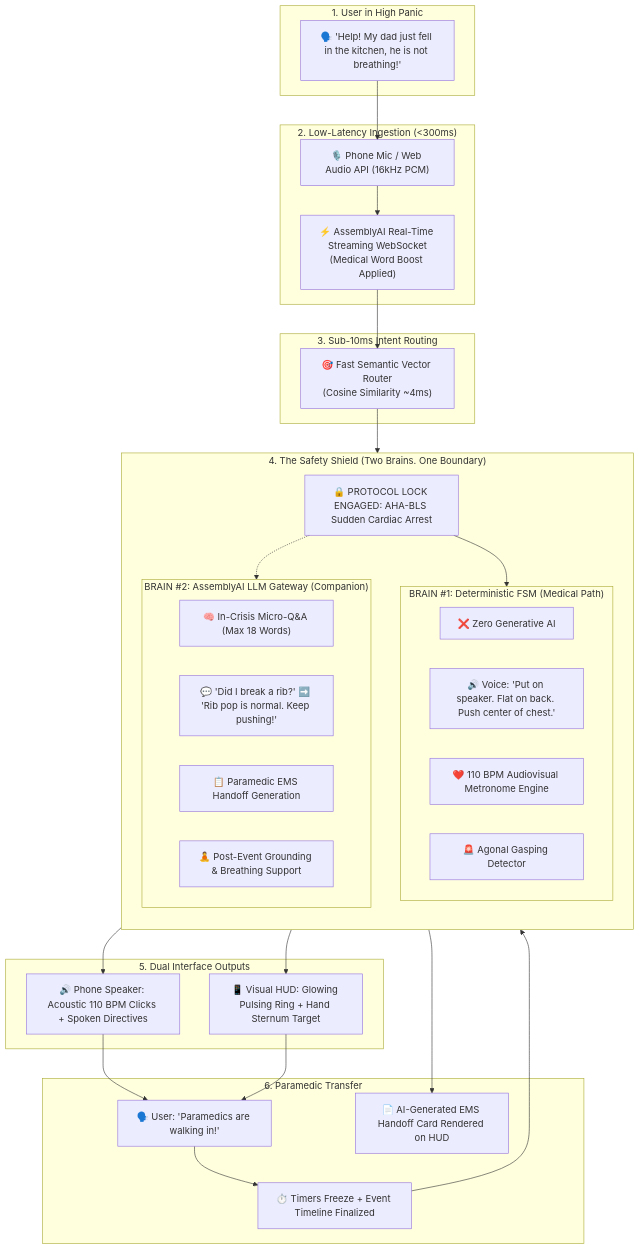
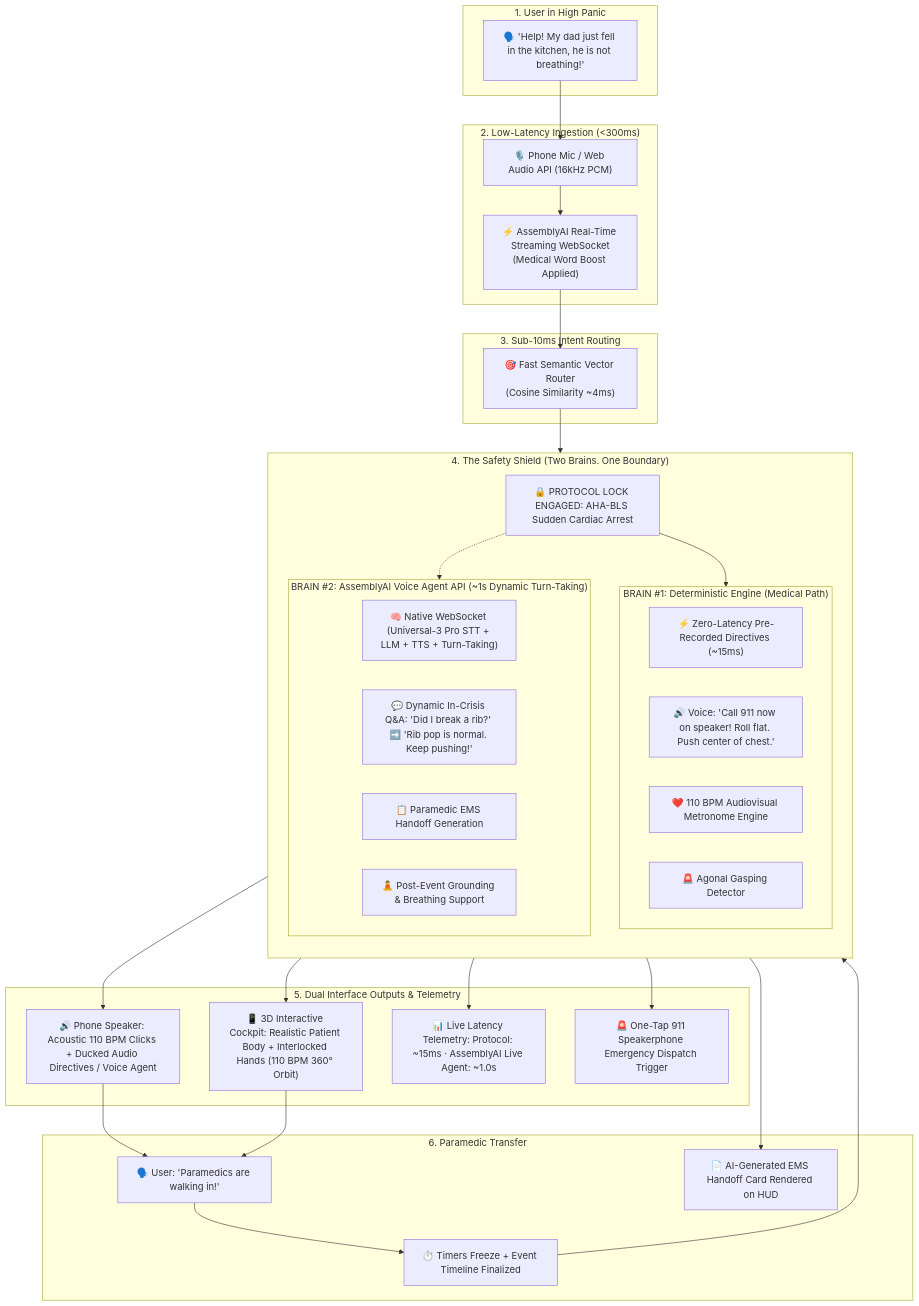
Before and after one commit to ranazain9/keepalive: the first of 2 diagrams in SYSTEM_DESIGN_SPECIFICATION.md, drawn with Mermaid. The commit also changed other lines of this file and 44 other files, not shown here.

Commit message:
feat(core): implement KeepAlive 3-agent resuscitation system, sub-ms triage, 110 BPM coach & Groq LPU companion

````diff
--- a/SYSTEM_DESIGN_SPECIFICATION.md
+++ b/SYSTEM_DESIGN_SPECIFICATION.md
@@ -42,59 +42,63 @@
 ```mermaid
 flowchart TD
     subgraph USER_INPUT ["1. User in High Panic"]
         A["🗣️ 'Help! My dad just fell in the kitchen, he is not breathing!'"]
     end
 
     subgraph INGESTION ["2. Low-Latency Ingestion (<300ms)"]
         B["🎙️ Phone Mic / Web Audio API (16kHz PCM)"]
         C["⚡ AssemblyAI Real-Time Streaming WebSocket\n(Medical Word Boost Applied)"]
         B --> C
     end
 
     subgraph CLASSIFICATION ["3. Sub-10ms Intent Routing"]
         D["🎯 Fast Semantic Vector Router\n(Cosine Similarity ~4ms)"]
         C --> D
     end
 
     subgraph SAFETY_SHIELD ["4. The Safety Shield (Two Brains. One Boundary)"]
         direction TB
         LOCK["🔒 PROTOCOL LOCK ENGAGED: AHA-BLS Sudden Cardiac Arrest"]
         
-        subgraph BRAIN_1 ["BRAIN #1: Deterministic FSM (Medical Path)"]
-            E1["❌ Zero Generative AI"]
-            E2["🔊 Voice: 'Put on speaker. Flat on back. Push center of chest.'"]
+        subgraph BRAIN_1 ["BRAIN #1: Deterministic Engine (Medical Path)"]
+            E1["⚡ Zero-Latency Pre-Recorded Directives (~15ms)"]
+            E2["🔊 Voice: 'Call 911 now on speaker! Roll flat. Push center of chest.'"]
             E3["❤️ 110 BPM Audiovisual Metronome Engine"]
             E4["🚨 Agonal Gasping Detector"]
         end
 
-        subgraph BRAIN_2 ["BRAIN #2: AssemblyAI LLM Gateway (Companion)"]
-            F1["🧠 In-Crisis Micro-Q&A (Max 18 Words)"]
-            F2["💬 'Did I break a rib?' ➡️ 'Rib pop is normal. Keep pushing!'"]
+        subgraph BRAIN_2 ["BRAIN #2: AssemblyAI Voice Agent API (~1s Dynamic Turn-Taking)"]
+            F1["🧠 Native WebSocket (Universal-3 Pro STT + LLM + TTS + Turn-Taking)"]
+            F2["💬 Dynamic In-Crisis Q&A: 'Did I break a rib?' ➡️ 'Rib pop is normal. Keep pushing!'"]
             F3["📋 Paramedic EMS Handoff Generation"]
             F4["🧘 Post-Event Grounding & Breathing Support"]
         end
 
         LOCK --> BRAIN_1
         LOCK -.-> BRAIN_2
     end
 
-    subgraph OUTPUT_TIER ["5. Dual Interface Outputs"]
-        G1["🔊 Phone Speaker: Acoustic 110 BPM Clicks + Spoken Directives"]
-        G2["📱 Visual HUD: Glowing Pulsing Ring + Hand Sternum Target"]
+    subgraph OUTPUT_TIER ["5. Dual Interface Outputs & Telemetry"]
+        G1["🔊 Phone Speaker: Acoustic 110 BPM Clicks + Ducked Audio Directives / Voice Agent"]
+        G2["📱 3D Interactive Cockpit: Realistic Patient Body + Interlocked Hands (110 BPM 360° Orbit)"]
+        G3["📊 Live Latency Telemetry: Protocol: ~15ms · AssemblyAI Live Agent: ~1.0s"]
+        G4["🚨 One-Tap 911 Speakerphone Emergency Dispatch Trigger"]
     end
 
     subgraph EMS_HANDOFF ["6. Paramedic Transfer"]
         H["🗣️ User: 'Paramedics are walking in!'"]
         I["⏱️ Timers Freeze + Event Timeline Finalized"]
         J["📄 AI-Generated EMS Handoff Card Rendered on HUD"]
     end
 
     A --> B
     D --> LOCK
     BRAIN_1 --> G1
     BRAIN_1 --> G2
+    BRAIN_1 --> G3
+    BRAIN_1 --> G4
     G1 & G2 --> H
     H --> I
     I --> BRAIN_2
     BRAIN_2 --> J
 ```
````
